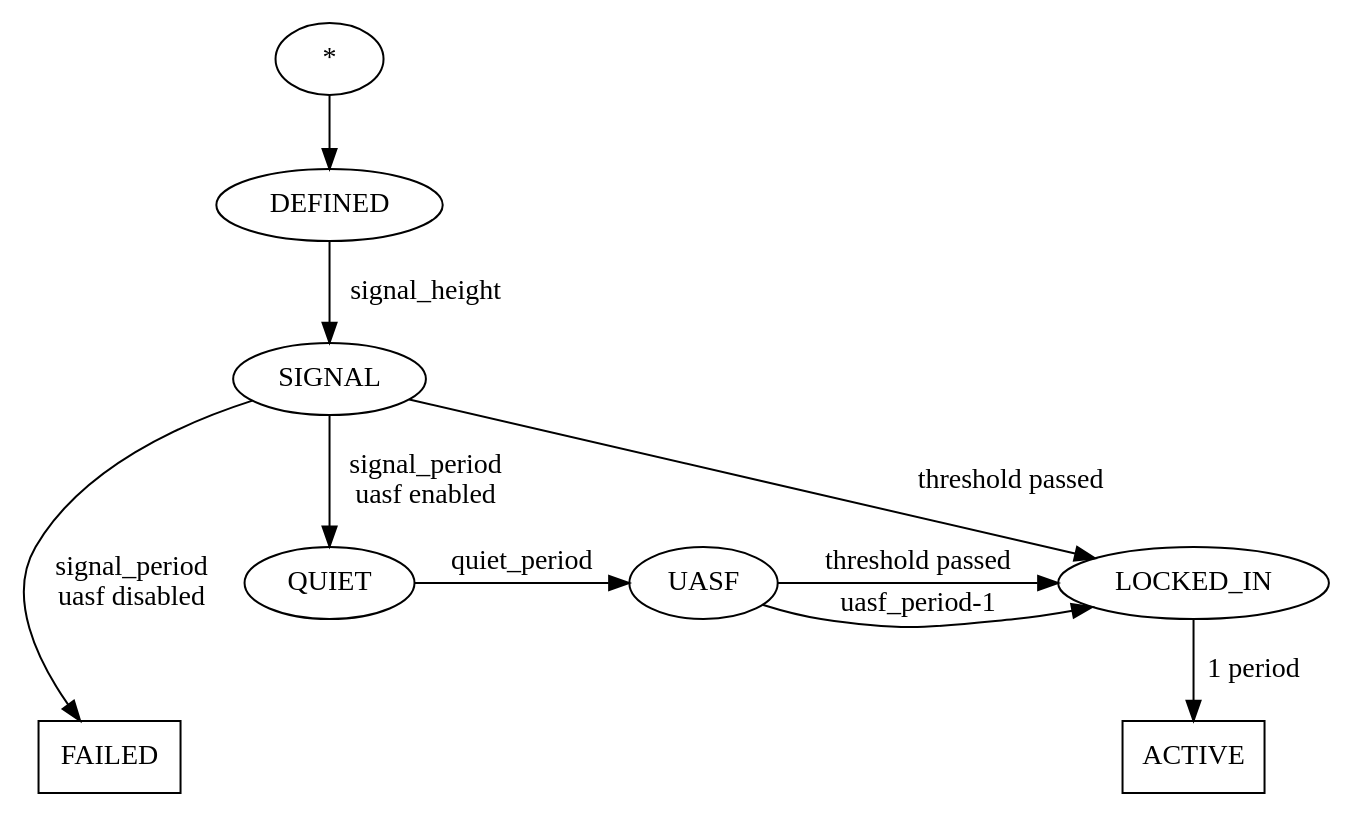
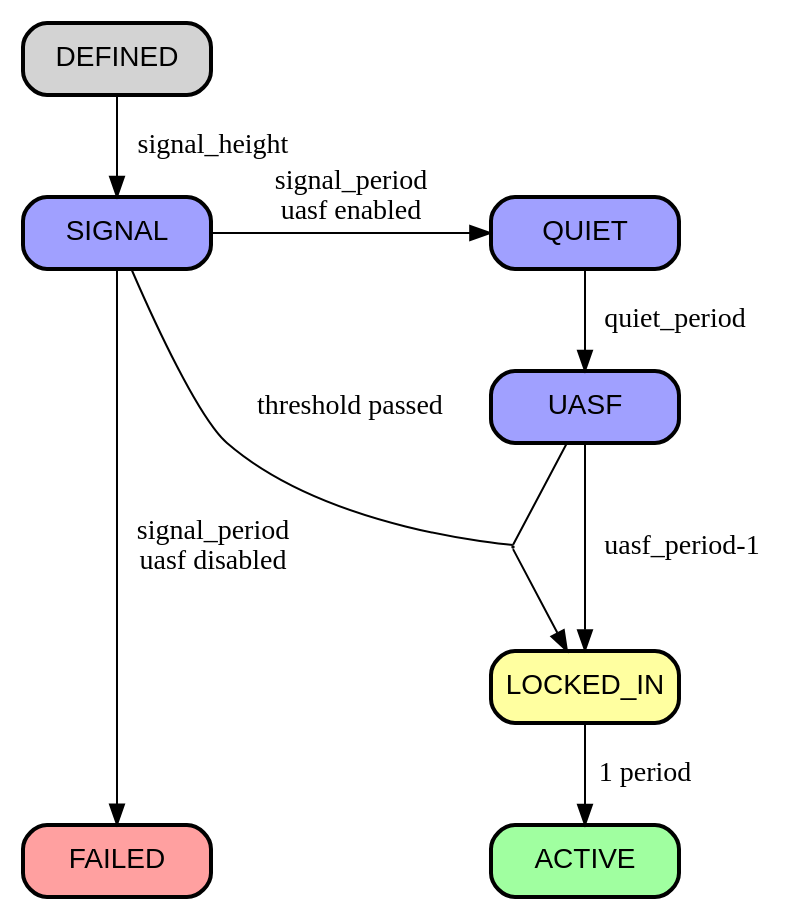
Before and after one commit to ajtowns/bips: the diagram in bip-sigsf/states.dot, drawn with Graphviz. The commit also changed 1 other file, not shown here.

Commit message:
make diagram nicer

```diff
--- a/bip-sigsf/states.dot
+++ b/bip-sigsf/states.dot
@@ -1,26 +1,32 @@
 digraph {
-  "rankdir"="TD";
+  rankdir=TD;
 
-  "*" -> "DEFINED";
+  node  [style="rounded,filled,bold", shape=box, fixedsize=true, width=1.3, fontname="Arial"];
 
+  edge [weight = 100];
   "DEFINED" -> "SIGNAL" [label="signal_height"];
   "SIGNAL" -> "FAILED" [label="signal_period\nuasf disabled"];
-  "SIGNAL" -> "LOCKED_IN" [label="threshold passed"];
   "LOCKED_IN" -> "ACTIVE" [label="1 period"];
-
-  "SIGNAL" -> "QUIET" [label="signal_period\nuasf enabled"];
   "QUIET" -> "UASF" [label="quiet_period"];
-  "UASF" -> "LOCKED_IN" [label="threshold passed"];
   "UASF" -> "LOCKED_IN" [label="uasf_period-1"];
 
-  "FAILED" [shape=box];
-  "ACTIVE" [shape=box];
+  edge [weight = 1];
+  "SIGNAL" -> "QUIET" [label="signal_period\nuasf enabled"];
 
-  "QUIET" -> "UASF" [style=invis];
-  "QUIET" -> "FAILED" [style=invis];
+  thresh [shape=point,width=0.01,height=0.01];
+  "SIGNAL" -> thresh [dir=none, label="threshold passed"];
+  "UASF" -> thresh [dir=none];
+  "thresh" -> "LOCKED_IN";
 
-  { rank=same; "QUIET" "UASF" "LOCKED_IN"; }
-  { rank=same; "FAILED" "ACTIVE"; }
+  "SIGNAL" [fillcolor="#a0a0ff"];
+  "QUIET" [fillcolor="#a0a0ff"];
+  "UASF" [fillcolor="#a0a0ff"];
 
-  // "DEFINED" [group="time"];
+  "LOCKED_IN" [fillcolor="#ffffa0"];
+  "ACTIVE" [fillcolor="#a0ffa0", shape=box];
+
+  "FAILED" [fillcolor="#ffa0a0", shape=box];
+
+  { rank=same; "SIGNAL" "QUIET" }
+  { rank=sink; "FAILED" "ACTIVE"; }
 }
```
